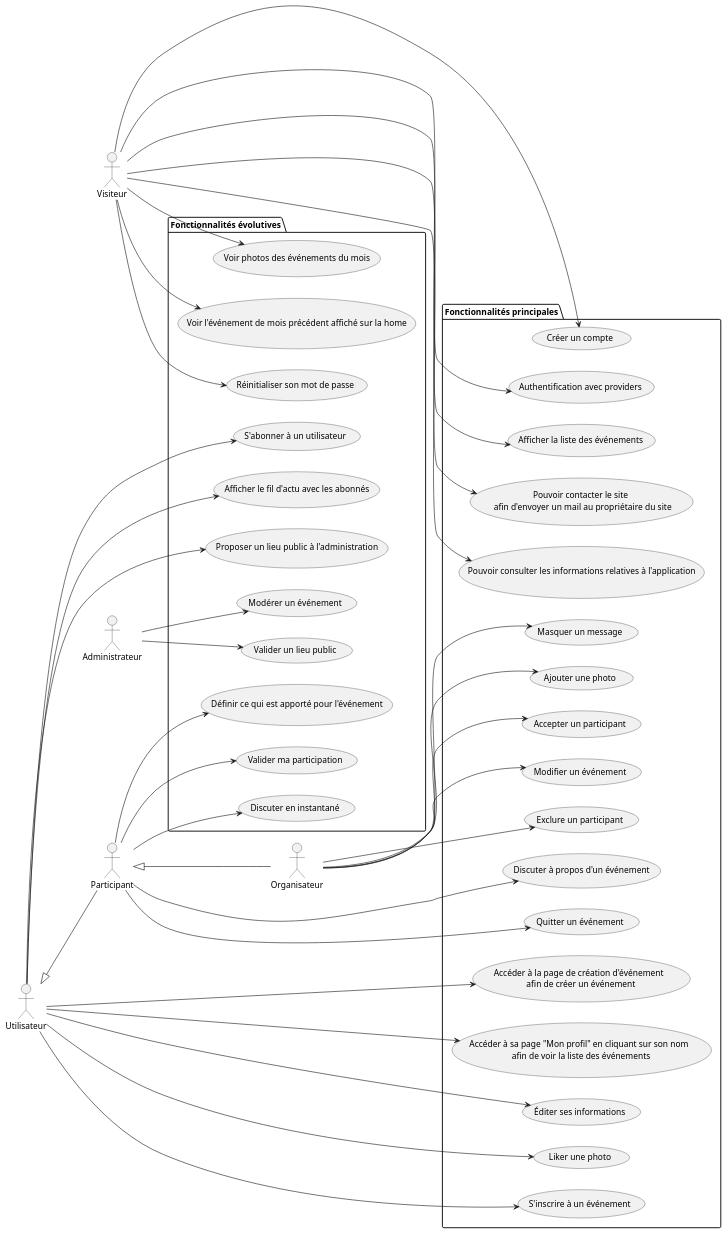
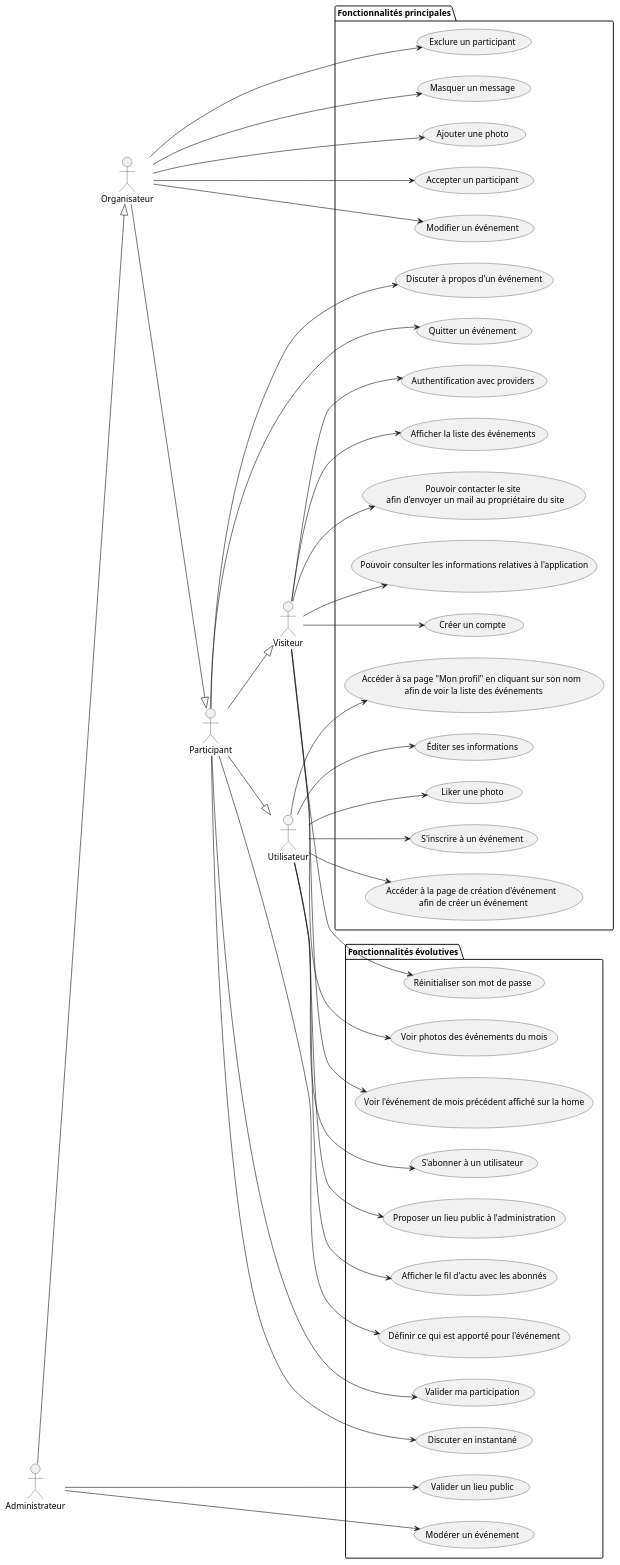
The diagram in documents/usecase/usecase.puml (Roxanne2904/oraclette-back), drawn with PlantUML before and after one commit. The commit also changed 73 other files, not shown here.

```diff
--- a/documents/usecase/usecase.puml
+++ b/documents/usecase/usecase.puml
@@ -1,80 +1,81 @@
-@startuml usecase
-
+@startuml
 left to right direction
 
-actor Visiteur as v
-actor Utilisateur as u
-actor Organisateur as o
-actor Participant as p
-actor Administrateur as a
+actor Visiteur as vis
+actor Utilisateur as util
+actor Organisateur as orga
+actor Participant as parti
+actor Administrateur as admin
 
 package "Fonctionnalités principales" {
   usecase "Créer un compte" as createAccount
   usecase "Authentification avec providers" as authProviders
   usecase "Afficher la liste des événements" as seeEvents
   usecase "Pouvoir contacter le site \n afin d'envoyer un mail au propriétaire du site" as contact
   usecase "Pouvoir consulter les informations relatives à l'application" as legalNotice
   usecase "Accéder à la page de création d'événement \n afin de créer un événement" as createEvent
   usecase "Accéder à sa page "Mon profil" en cliquant sur son nom \n afin de voir la liste des événements" as seeMyEvents
   usecase "Éditer ses informations" as editProfileInfos
   usecase "Liker une photo" as likePicture
   usecase "S'inscrire à un événement" as subscribeToEvent
   usecase "Accepter un participant" as acceptParticipant
   usecase "Modifier un événement" as editEvent
   usecase "Exclure un participant" as kickParticipant
   usecase "Masquer un message" as hideMessage
   usecase "Ajouter une photo" as addPicture
   usecase "Discuter à propos d'un événement" as eventTalk
   usecase "Quitter un événement" as quitEvent
 }
 
 package "Fonctionnalités évolutives" {
   usecase "S'abonner à un utilisateur" as subscribeToUser
   usecase "Réinitialiser son mot de passe" as resetPassword
   usecase "Afficher le fil d'actu avec les abonnés" as subscriptionFeed
   usecase "Proposer un lieu public à l'administration" as suggestLocation
   usecase "Valider un lieu public" as confirmLocation
   usecase "Modérer un événement" as modEvent
   usecase "Définir ce qui est apporté pour l'événement" as defineContributions
   usecase "Valider ma participation" as confirmParticipation
   usecase "Discuter en instantané" as instantMessaging
   usecase "Voir photos des événements du mois" as seePictures
   usecase "Voir l'événement de mois précédent affiché sur la home" as seePastMonthTopEvent
 }
 
-v --> createAccount
-v --> authProviders
-v --> seePictures
-v --> seeEvents
-v --> seePastMonthTopEvent
-v --> contact
-v --> legalNotice
-v --> resetPassword
+vis --> createAccount
+vis --> authProviders
+vis --> seePictures
+vis --> seeEvents
+vis --> seePastMonthTopEvent
+vis --> contact
+vis --> legalNotice
+vis --> resetPassword
 
-u --> createEvent
-u --> seeMyEvents
-u --> editProfileInfos
-u --> likePicture
-u --> subscribeToEvent
-u --> subscribeToUser
-u --> subscriptionFeed
-u --> suggestLocation
+util --> createEvent
+util --> seeMyEvents
+util --> editProfileInfos
+util --> likePicture
+util --> subscribeToEvent
+util --> subscribeToUser
+util --> subscriptionFeed
+util --> suggestLocation
 
-o --> acceptParticipant
-o --> editEvent
-o --> kickParticipant
-o --> hideMessage
-o --> addPicture
+orga --> acceptParticipant
+orga --> editEvent
+orga --> kickParticipant
+orga --> hideMessage
+orga --> addPicture
 
-p --> eventTalk
-p --> quitEvent
-p --> confirmParticipation
-p --> defineContributions
-p --> instantMessaging
+parti --> eventTalk
+parti --> quitEvent
+parti --> confirmParticipation
+parti --> defineContributions
+parti --> instantMessaging
 
-a --> confirmLocation
-a --> modEvent
+admin --> confirmLocation
+admin --> modEvent
 
-u <|-- p
-p <|-- o
+admin --|> orga
+orga --|> parti
+parti --|> util
+parti --|> vis
 @enduml
```
